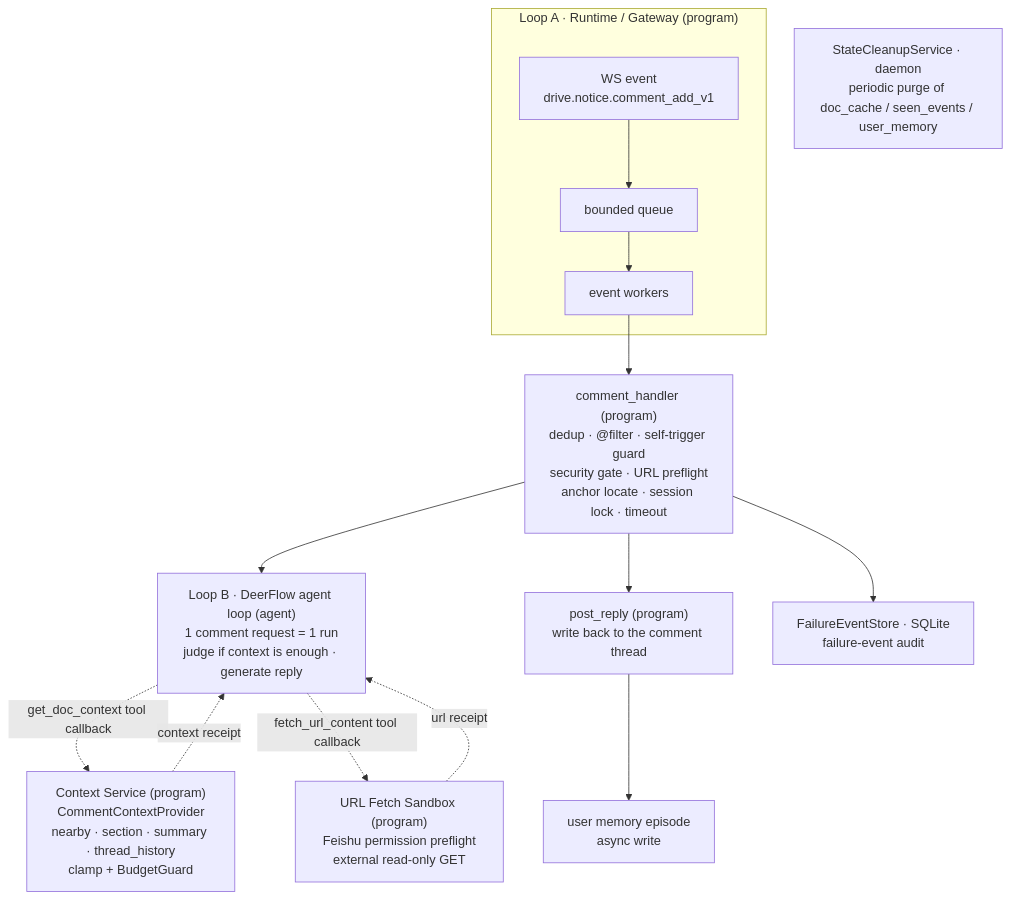
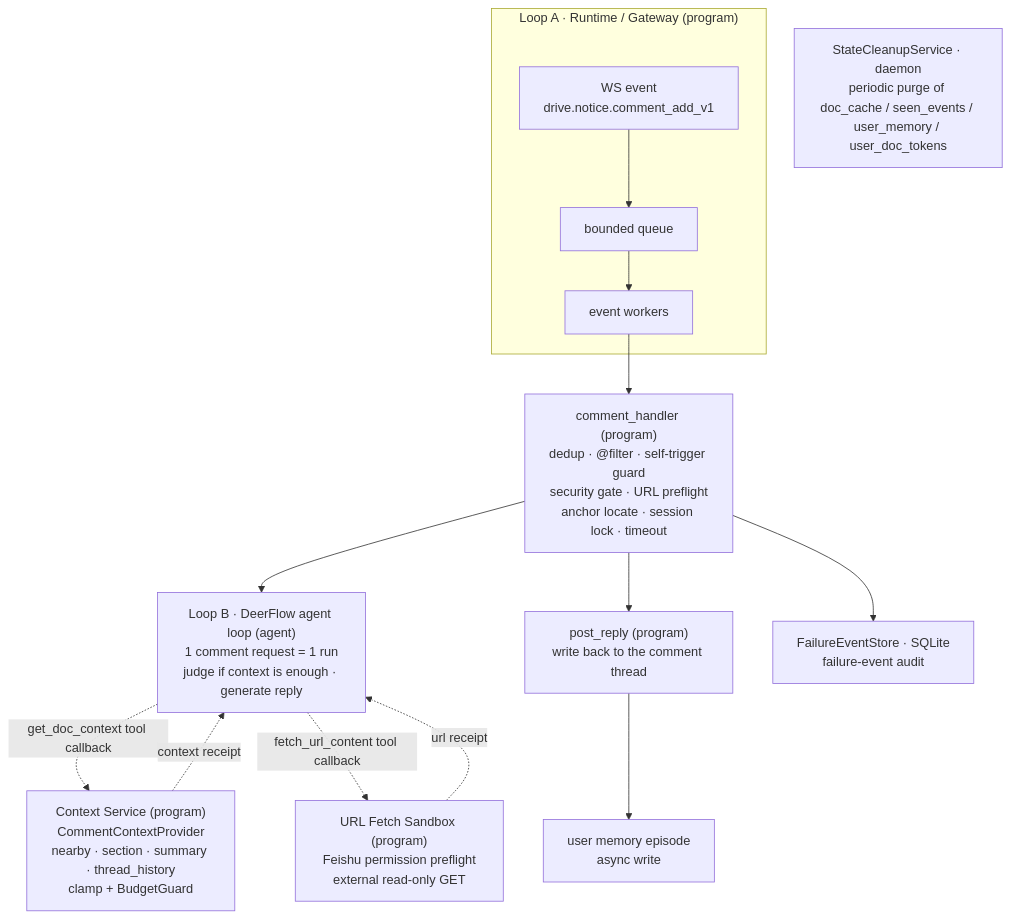
One commit to permanentstar/lark-doc-whisper changed the first of 7 diagrams in docs/lark_doc_whisper_architecture.md. Above: the diagram before and after it, drawn with Mermaid. The commit also changed other lines of this file and 21 other files, not shown here.

````diff
--- a/docs/lark_doc_whisper_architecture.md
+++ b/docs/lark_doc_whisper_architecture.md
@@ -15,23 +15,23 @@
 ```mermaid
 flowchart TD
   subgraph A["Loop A · Runtime / Gateway (program)"]
     WS["WS event<br/>drive.notice.comment_add_v1"] --> Q["bounded queue"]
     Q --> W["event workers"]
   end
 
   W --> H["comment_handler (program)<br/>dedup · @filter · self-trigger guard<br/>security gate · URL preflight<br/>anchor locate · session lock · timeout"]
 
   H --> B["Loop B · DeerFlow agent loop (agent)<br/>1 comment request = 1 run<br/>judge if context is enough · generate reply"]
 
   B -. "get_doc_context tool callback" .-> C["Context Service (program)<br/>CommentContextProvider<br/>nearby · section · summary · thread_history<br/>clamp + BudgetGuard"]
   C -. "context receipt" .-> B
 
   B -. "fetch_url_content tool callback" .-> U["URL Fetch Sandbox (program)<br/>Feishu permission preflight<br/>external read-only GET"]
   U -. "url receipt" .-> B
 
   H --> P["post_reply (program)<br/>write back to the comment thread"]
   P --> M["user memory episode<br/>async write"]
   H --> F["FailureEventStore · SQLite<br/>failure-event audit"]
 
-  CL["StateCleanupService · daemon<br/>periodic purge of doc_cache / seen_events / user_memory"]
+  CL["StateCleanupService · daemon<br/>periodic purge of doc_cache / seen_events / user_memory / user_doc_tokens"]
 ```
````
